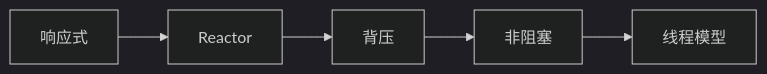
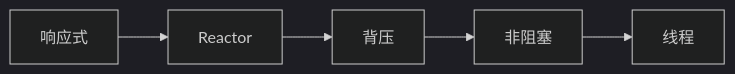
Before and after one commit to tghrxxxyyy/knowledge-base: the diagram in 基础知识/后端工程/WebFlux 响应式编程.md, drawn with Mermaid (dark theme). The commit also changed other lines of this file and 385 other files, not shown here.

````diff
--- a/基础知识/后端工程/WebFlux 响应式编程.md
+++ b/基础知识/后端工程/WebFlux 响应式编程.md
@@ -19,9 +19,9 @@
 ```mermaid
 flowchart LR
     A[响应式]
     B[Reactor]
     C[背压]
     D[非阻塞]
-    E[线程模型]
+    E[线程]
     A --> B --> C --> D --> E
 ```
````
